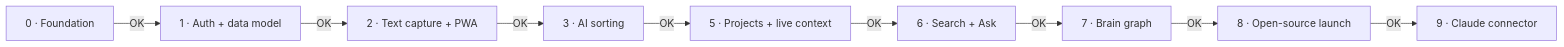
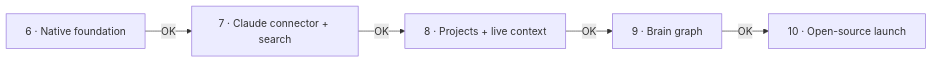
Before and after one commit to m4rkellkka/second-brain-Engram: the second of 2 diagrams in docs/SPEC.md, drawn with Mermaid. The commit also changed other lines of this file and 1 other file, not shown here.

First line of the commit message:
docs: redefine Engram as a native macOS app

````diff
--- a/docs/SPEC.md
+++ b/docs/SPEC.md
@@ -201,7 +184,5 @@
 ```mermaid
 flowchart LR
-  P0[0 · Foundation] -->|OK| P1[1 · Auth + data model] -->|OK| P2[2 · Text capture + PWA]
-  P2 -->|OK| P3[3 · AI sorting] -->|OK| P5[5 · Projects + live context]
-  P5 -->|OK| P6[6 · Search + Ask] -->|OK| P7[7 · Brain graph] -->|OK| P8[8 · Open-source launch]
-  P8 -->|OK| P9[9 · Claude connector]
+  P6[6 · Native foundation] -->|OK| P7[7 · Claude connector + search] -->|OK| P8[8 · Projects + live context]
+  P8 -->|OK| P9[9 · Brain graph] -->|OK| P10[10 · Open-source launch]
 ```
````
